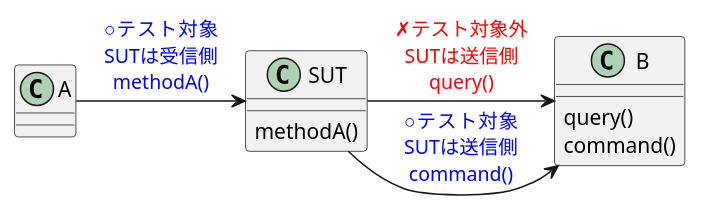
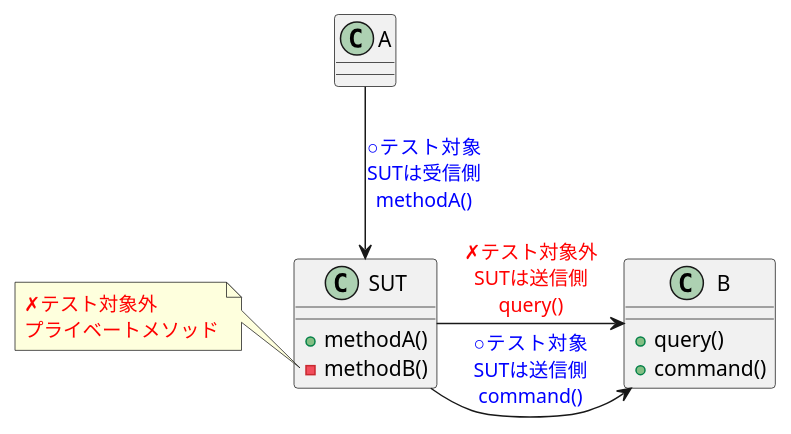
One commit to S-Tatsuya/Design changed the first of 6 diagrams in ObjectRuby/README.md. Above: the diagram before and after it, drawn with PlantUML. The commit also changed other lines of this file, not shown here.

````diff
--- a/ObjectRuby/README.md
+++ b/ObjectRuby/README.md
@@ -69,16 +69,21 @@
     ``` plantuml
     @startuml
     class SUT {
-        methodA()
+        + methodA()
+        - methodB()
     }
 
     class B {
-        query()
-        command()
+        + query()
+        + command()
     }
 
-    A -> SUT #text:blue :○テスト対象\nSUTは受信側\nmethodA()
+    A --> SUT #text:blue :○テスト対象\nSUTは受信側\nmethodA()
     SUT -> B #text:red :✗テスト対象外\nSUTは送信側\nquery()
     SUT -> B #text:blue :○テスト対象\nSUTは送信側\ncommand()
+    note left of SUT::"methodB()" 
+        <color:red>✗テスト対象外</color>
+        <color:red>プライベートメソッド</color>
+    end note
     @enduml
     ```
````
